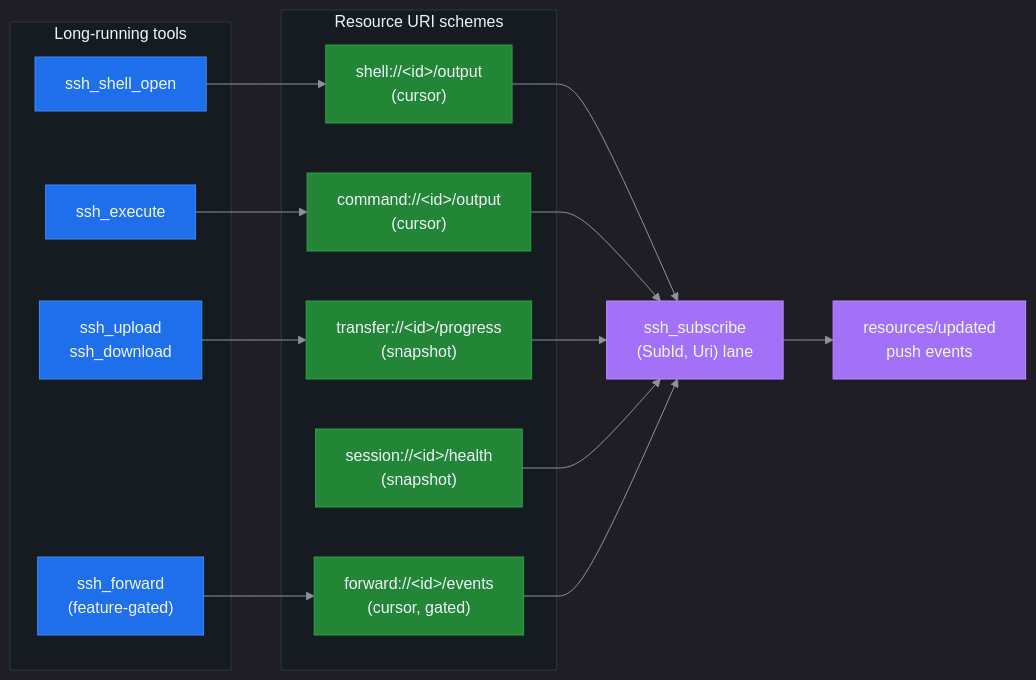
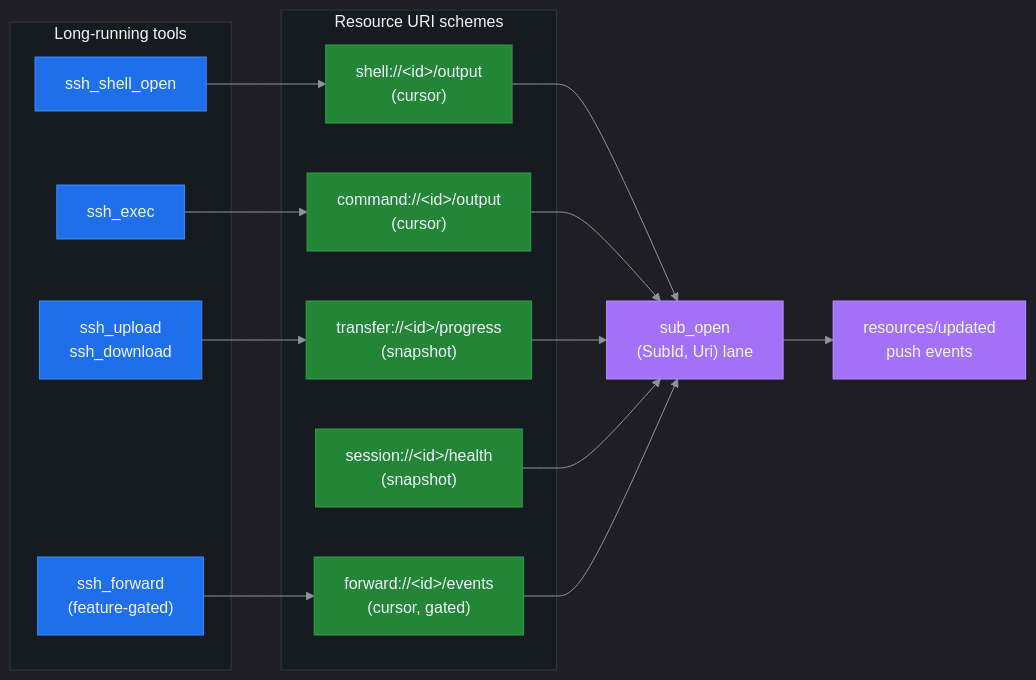
One commit to farchanjo/ssh-mcp changed the fifth of 7 diagrams in docs/ARCHITECTURE.md. Above: the diagram before and after it, drawn with Mermaid. The commit also changed other lines of this file and 61 other files, not shown here.

````diff
--- a/docs/ARCHITECTURE.md
+++ b/docs/ARCHITECTURE.md
@@ -419,44 +419,44 @@
 ```mermaid
 %%{init: {'theme':'dark','themeVariables':{'primaryColor':'#1f6feb','primaryTextColor':'#f0f6fc','primaryBorderColor':'#388bfd','lineColor':'#8b949e','secondaryColor':'#161b22','tertiaryColor':'#21262d','background':'#0d1117','mainBkg':'#161b22','secondBkg':'#21262d','tertiaryBkg':'#0d1117','nodeTextColor':'#f0f6fc','edgeLabelBackground':'#21262d','clusterBkg':'#161b22','clusterBorder':'#30363d','titleColor':'#f0f6fc'}}}%%
 flowchart LR
     subgraph TOOLS["Long-running tools"]
         TShell["ssh_shell_open"]
-        TExec["ssh_execute"]
+        TExec["ssh_exec"]
         TSftp["ssh_upload<br/>ssh_download"]
         TFwd["ssh_forward<br/>(feature-gated)"]
     end
     subgraph SCHEMES["Resource URI schemes"]
         Sshell["shell://&lt;id&gt;/output<br/>(cursor)"]
         Scmd["command://&lt;id&gt;/output<br/>(cursor)"]
         Stransfer["transfer://&lt;id&gt;/progress<br/>(snapshot)"]
         Ssession["session://&lt;id&gt;/health<br/>(snapshot)"]
         Sforward["forward://&lt;id&gt;/events<br/>(cursor, gated)"]
     end
-    Sub["ssh_subscribe<br/>(SubId, Uri) lane"]
+    Sub["sub_open<br/>(SubId, Uri) lane"]
     Push["resources/updated<br/>push events"]
 
     TShell --> Sshell
     TExec --> Scmd
     TSftp --> Stransfer
     TFwd --> Sforward
     Sshell --> Sub
     Scmd --> Sub
     Stransfer --> Sub
     Ssession --> Sub
     Sforward --> Sub
     Sub --> Push
 
     style TShell fill:#1f6feb,color:#f0f6fc,stroke:#388bfd
     style TExec fill:#1f6feb,color:#f0f6fc,stroke:#388bfd
     style TSftp fill:#1f6feb,color:#f0f6fc,stroke:#388bfd
     style TFwd fill:#1f6feb,color:#f0f6fc,stroke:#388bfd
     style Sshell fill:#238636,color:#f0f6fc,stroke:#2ea043
     style Scmd fill:#238636,color:#f0f6fc,stroke:#2ea043
     style Stransfer fill:#238636,color:#f0f6fc,stroke:#2ea043
     style Ssession fill:#238636,color:#f0f6fc,stroke:#2ea043
     style Sforward fill:#238636,color:#f0f6fc,stroke:#2ea043
     style Sub fill:#a371f7,color:#f0f6fc,stroke:#bc8cff
     style Push fill:#a371f7,color:#f0f6fc,stroke:#bc8cff
     style TOOLS fill:#161b22,color:#f0f6fc,stroke:#30363d
     style SCHEMES fill:#161b22,color:#f0f6fc,stroke:#30363d
 ```
````
